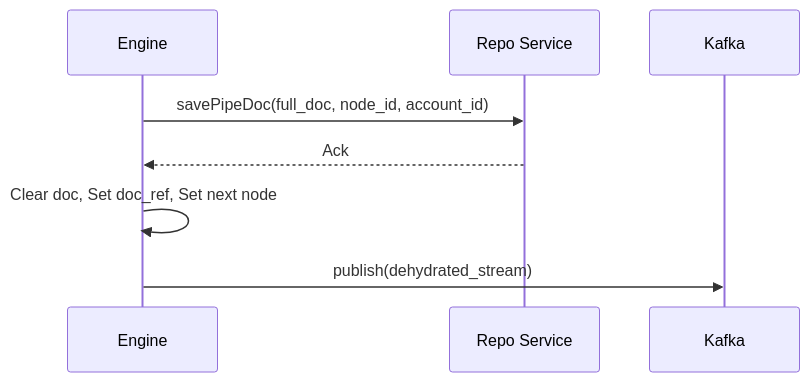
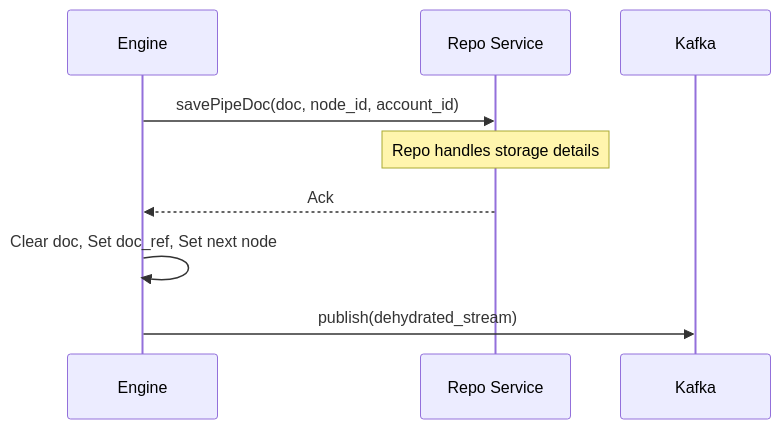
Before and after one commit to ai-pipestream/pipestream-engine: the third of 4 diagrams in docs/architecture/05-hydration-model.md, drawn with Mermaid. The commit also changed other lines of this file, not shown here.

Commit message:
docs: Remove S3 details from engine docs - storage abstracted by Repo Service

````diff
--- a/docs/architecture/05-hydration-model.md
+++ b/docs/architecture/05-hydration-model.md
@@ -165,11 +190,12 @@
 ```mermaid
 sequenceDiagram
     participant E as Engine
     participant R as Repo Service
     participant K as Kafka
     
-    E->>R: savePipeDoc(full_doc, node_id, account_id)
+    E->>R: savePipeDoc(doc, node_id, account_id)
+    Note over R: Repo handles storage details
     R-->>E: Ack
     E->>E: Clear doc, Set doc_ref, Set next node
     E->>K: publish(dehydrated_stream)
 ```
````
